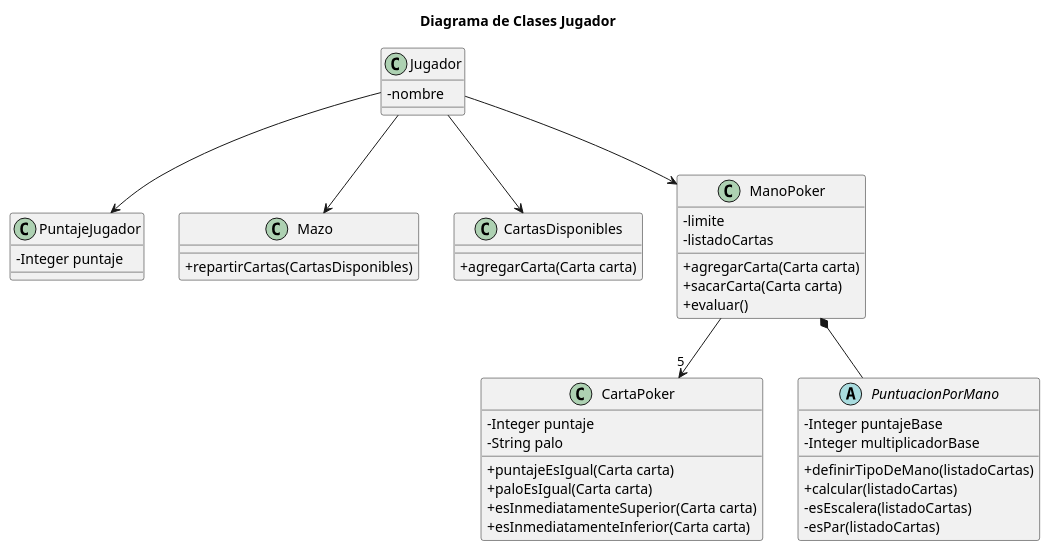
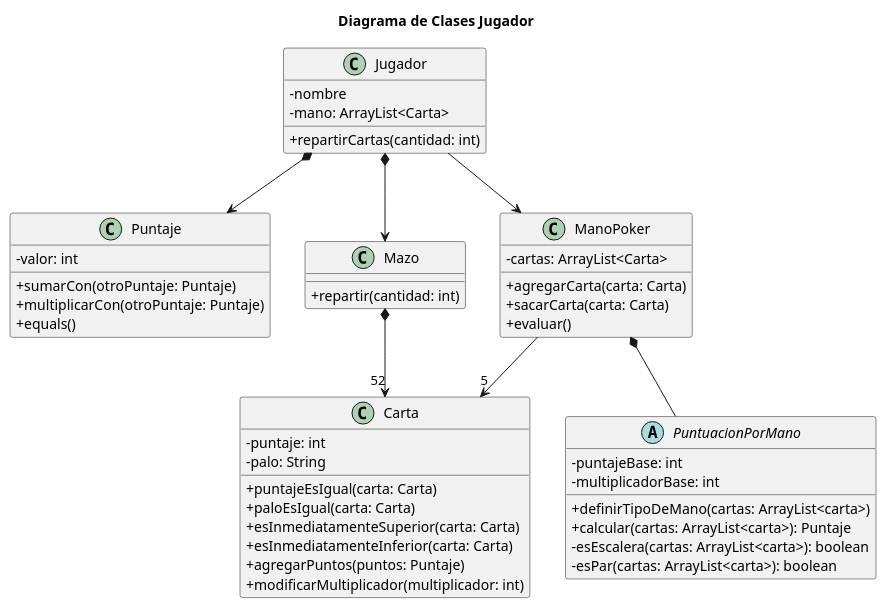
One commit to JonyHuergo/tp2-paradigmas changed the diagram in diagramas/clases/jugador.puml. Above: the diagram before and after it, drawn with PlantUML. The commit also changed 6 other files, not shown here.

Commit message:
Cambios en Juego, Logica y en Diagramas

```diff
--- a/diagramas/clases/jugador.puml
+++ b/diagramas/clases/jugador.puml
@@ -1,122 +1,131 @@
 @startuml Diagrama de Clases
 
 skinparam classAttributeIconSize 0
 
 title Diagrama de Clases Jugador
 
 class Jugador { 
     -nombre
+    -mano: ArrayList<Carta>
+    +repartirCartas(cantidad: int)
     
 }
 
-class PuntajeJugador {
-    -Integer puntaje
+class Puntaje{
+    -valor: int
+    +sumarCon(otroPuntaje: Puntaje)
+    +multiplicarCon(otroPuntaje: Puntaje)
+    +equals()
 }
 
-class CartaPoker {
-    -Integer puntaje
-    -String palo
-    +puntajeEsIgual(Carta carta)
-    +paloEsIgual(Carta carta)
-    +esInmediatamenteSuperior(Carta carta)
-    +esInmediatamenteInferior(Carta carta)
+class Carta {
+    -puntaje: int
+    -palo: String
+    +puntajeEsIgual(carta: Carta)
+    +paloEsIgual(carta: Carta)
+    +esInmediatamenteSuperior(carta: Carta)
+    +esInmediatamenteInferior(carta: Carta)
+    +agregarPuntos(puntos: Puntaje)
+    +modificarMultiplicador(multiplicador: int)
 }
 
 
 class Mazo {
     ' +pedirCartas(Integer cantidad)
-    +repartirCartas(CartasDisponibles)
+    +repartir(cantidad: int)
 }
 
-class CartasDisponibles {
-    +agregarCarta(Carta carta)
-}
+
+'class CartasDisponibles {
+'    +agregarCarta(Carta carta)
+'}
 
 class ManoPoker {
-    -limite
-    -listadoCartas
-    +agregarCarta(Carta carta)
-    +sacarCarta(Carta carta)
+'    -limite
+    -cartas: ArrayList<Carta>
+    +agregarCarta(carta: Carta)
+    +sacarCarta(carta: Carta)
     ' +determinarPuntuacionPorMano(CartarPoker)
     ' +setPuntuacionPorMano(PuntuacionPorMano)
     +evaluar()
 }
 
 /'
  ManoPoker.agregar(Carta carta){
 
  }
 
 
  ManoPoker.evaluar(PuntajeJugador, Comodines){
     var valor_numerico, multiplicador, puntuacion
 
     for each CartaPoker in CartasPoker{
         valor_numerico = CartaPoker.sumar(valor_numerico);
     }
 
     for each Comodin in Comodines{
         multiplicador = Comodin.sumar(multiplicador);
     }
 
     determinarPuntuacionPorMano(CartarPoker);
     puntuacion = PuntuacionPorMano.calcular(valor_numerico, multiplicador);
     PuntaJugador.sumar(puntuacion);
   }
 '/
 
 ' interfaz, sus hijas implementa el metodo de manera !=
 
 
 abstract class PuntuacionPorMano { 
-    -Integer puntajeBase
-    -Integer multiplicadorBase
-    +definirTipoDeMano(listadoCartas)
+    -puntajeBase: int
+    -multiplicadorBase: int
+    +definirTipoDeMano(cartas: ArrayList<carta>)
     ' +setPuntajeBase(Integer)
     ' +setMultiplicadorBase(Integer)
-    +calcular(listadoCartas)
-    -esEscalera(listadoCartas)
-    -esPar(listadoCartas)
+    +calcular(cartas: ArrayList<carta>): Puntaje
+    -esEscalera(cartas: ArrayList<carta>): boolean
+    -esPar(cartas: ArrayList<carta>): boolean
 }
 
 ' class PuntuacionPorManoEscaleraReal {
 '     +calcular
 ' }
 
 
-Jugador --> CartasDisponibles
-Jugador --> Mazo
+'Jugador --> CartasDisponibles
+Jugador *--> Mazo
+Mazo *--> "52" Carta
 Jugador --> ManoPoker
-Jugador --> PuntajeJugador
+Jugador *--> Puntaje
 
 ManoPoker *-- PuntuacionPorMano
-ManoPoker --> "5" CartaPoker
+ManoPoker --> "5" Carta
 ' PuntuacionPorManoEscaleraReal -up-|> PuntuacionPorMano 
 
 /' 
 Posible manera de conseguir la mano?
 def evaluate_hand(self):
         """Determine the type of poker hand."""
         rank_counts = self.get_rank_counts()
         values = list(rank_counts.values())
         
         if self.is_flush() and self.is_straight():
             return "Straight Flush"
         elif 4 in values:
             return "Four of a Kind"
         elif 3 in values and 2 in values:
             return "Full House"
         elif self.is_flush():
             return "Flush"
         elif self.is_straight():
             return "Straight"
         elif 3 in values:
             return "Three of a Kind"
         elif values.count(2) == 2:
             return "Two Pair"
         elif 2 in values:
             return "One Pair"
         else:
             return "High Card" '/
 
 @enduml
```
